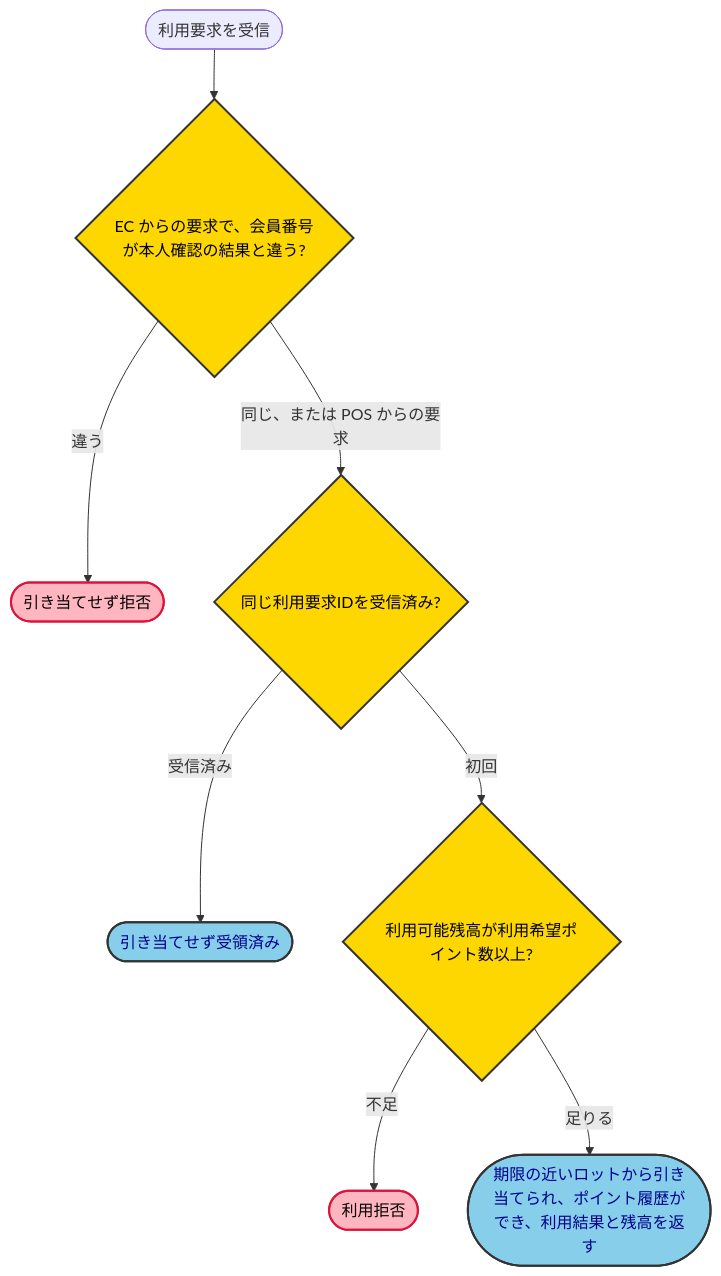
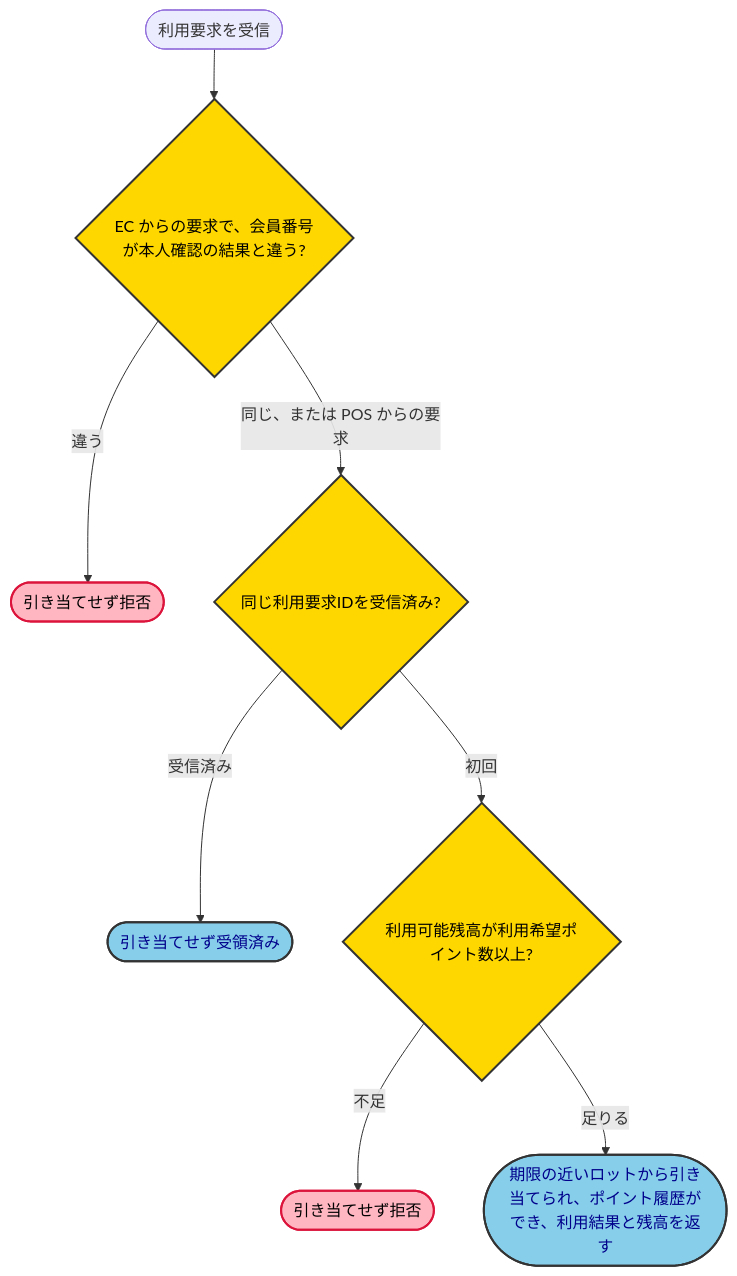
The fourth of 9 diagrams in samples/docs/requirements-detail.md (kasiopeiya/claude-dev-template), drawn with Mermaid before and after one commit. The commit also changed other lines of this file and 1 other file, not shown here.

````diff
--- a/samples/docs/requirements-detail.md
+++ b/samples/docs/requirements-detail.md
@@ -621,17 +620,17 @@
 ```mermaid
 flowchart TD
     start(["利用要求を受信"]) --> auth{"EC からの要求で、会員番号が本人確認の結果と違う?"}
     auth -->|違う| deny(["引き当てせず拒否"])
     auth -->|同じ、または POS からの要求| dup{"同じ利用要求IDを受信済み?"}
     dup -->|受信済み| ack(["引き当てせず受領済み"])
     dup -->|初回| enough{"利用可能残高が利用希望ポイント数以上?"}
-    enough -->|不足| reject(["利用拒否"])
+    enough -->|不足| reject(["引き当てせず拒否"])
     enough -->|足りる| used(["期限の近いロットから引き当てられ、ポイント履歴ができ、利用結果と残高を返す"])
 
     classDef decision fill:#FFD700,stroke:#333,stroke-width:2px,color:black
     classDef result fill:#87CEEB,stroke:#333,stroke-width:2px,color:darkblue
     classDef error fill:#FFB6C1,stroke:#DC143C,stroke-width:2px,color:black
     class auth,dup,enough decision
     class ack,used result
     class deny,reject error
 ```
````
